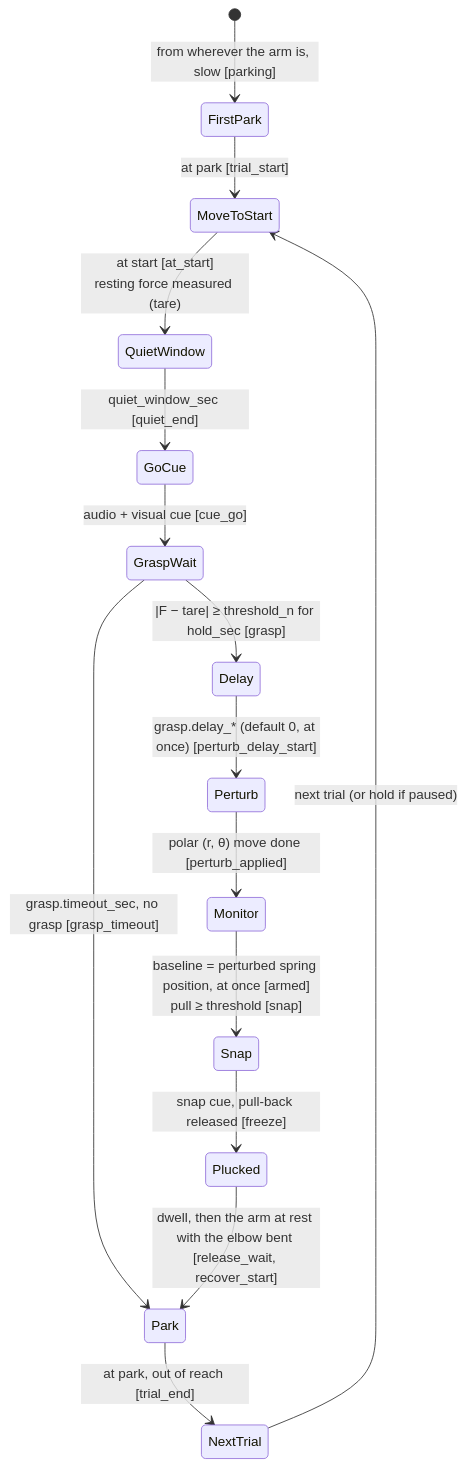
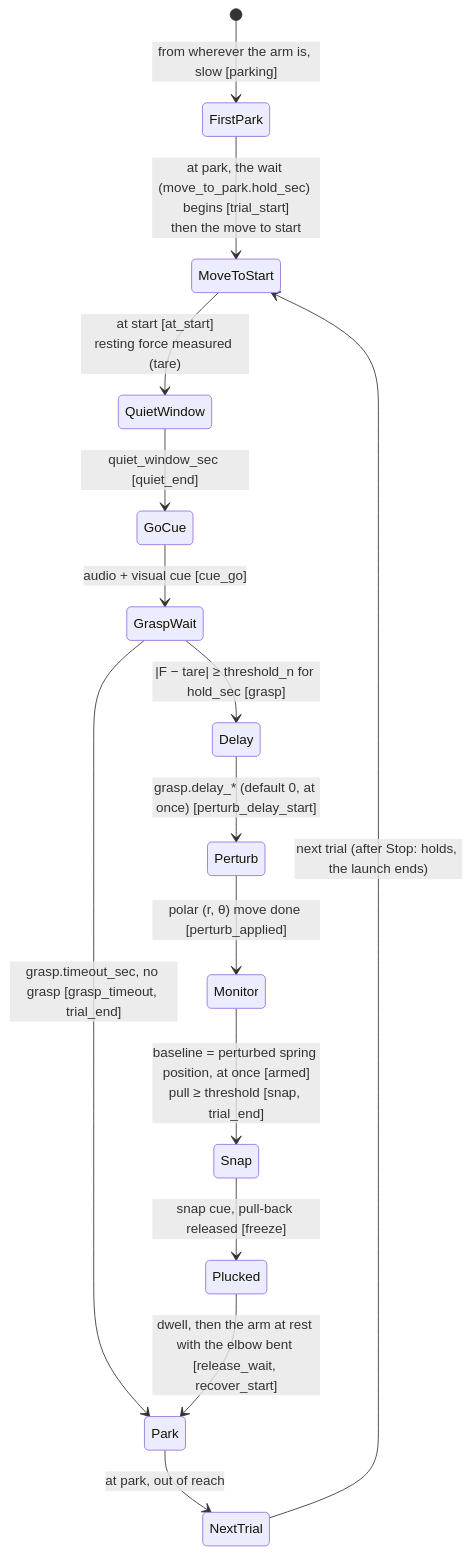
Before and after one commit to sinthlab/sinthlab-kuka-stack: the seventh of 9 diagrams in README.md, drawn with Mermaid. The commit also changed other lines of this file and 20 other files, not shown here.

Commit message:
change nsp sync trial start end

````diff
--- a/README.md
+++ b/README.md
@@ -1980,17 +1968,17 @@
 ```mermaid
 stateDiagram-v2
     [*] --> FirstPark : from wherever the arm is, slow [parking]
-    FirstPark --> MoveToStart : at park [trial_start]
+    FirstPark --> MoveToStart : at park, the wait (move_to_park.hold_sec) begins [trial_start]<br/>then the move to start
     MoveToStart --> QuietWindow : at start [at_start]<br/>resting force measured (tare)
     QuietWindow --> GoCue : quiet_window_sec [quiet_end]
     GoCue --> GraspWait : audio + visual cue [cue_go]
     GraspWait --> Delay : |F − tare| ≥ threshold_n for hold_sec [grasp]
-    GraspWait --> Park : grasp.timeout_sec, no grasp [grasp_timeout]
+    GraspWait --> Park : grasp.timeout_sec, no grasp [grasp_timeout, trial_end]
     Delay --> Perturb : grasp.delay_* (default 0, at once) [perturb_delay_start]
     Perturb --> Monitor : polar (r, θ) move done [perturb_applied]
-    Monitor --> Snap : baseline = perturbed spring position, at once [armed]<br/>pull ≥ threshold [snap]
+    Monitor --> Snap : baseline = perturbed spring position, at once [armed]<br/>pull ≥ threshold [snap, trial_end]
     Snap --> Plucked : snap cue, pull-back released [freeze]
     Plucked --> Park : dwell, then the arm at rest with the elbow bent [release_wait, recover_start]
-    Park --> NextTrial : at park, out of reach [trial_end]
-    NextTrial --> MoveToStart : next trial (or hold if paused)
+    Park --> NextTrial : at park, out of reach
+    NextTrial --> MoveToStart : next trial (after Stop: holds, the launch ends)
 ```
````
